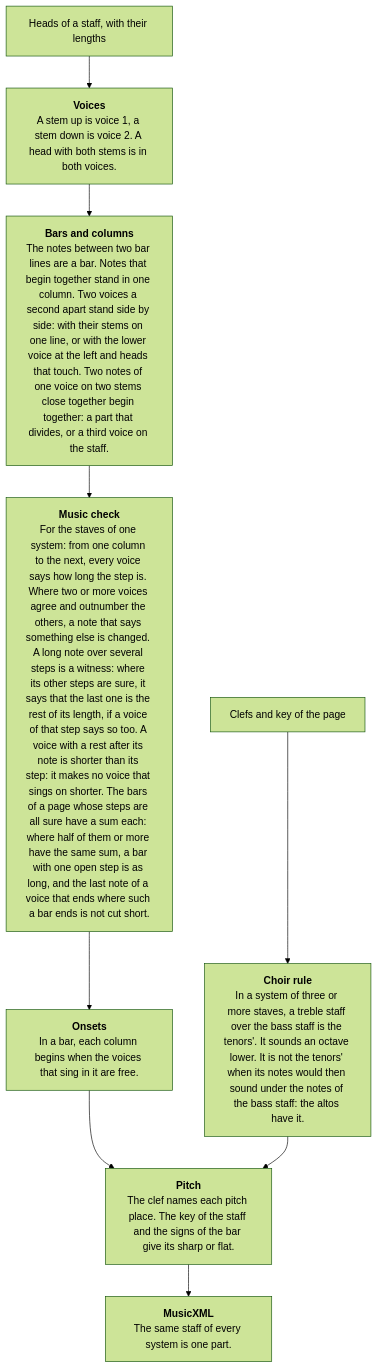
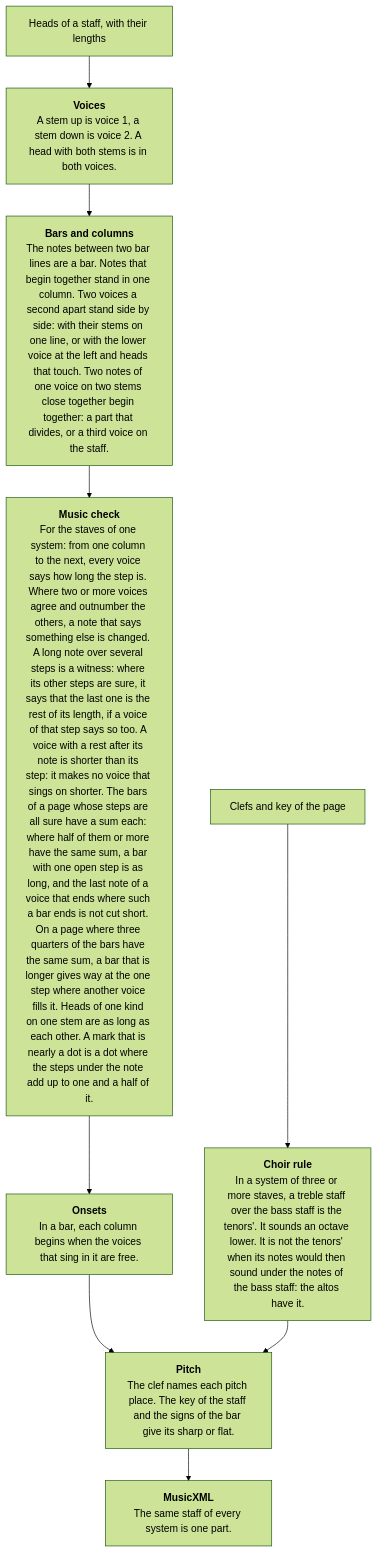
Before and after one commit to sweet-cicero/ScoreReader: the ninth of 12 diagrams in README.md, drawn with Mermaid (forest theme). The commit also changed other lines of this file and 5 other files, not shown here.

````diff
--- a/README.md
+++ b/README.md
@@ -262,11 +262,11 @@
 ```mermaid
 flowchart TD
     heads["Heads of a staff, with their lengths"] --> voices["<b>Voices</b><br/>A stem up is voice 1, a stem down is voice 2. A head with both stems is in both voices."]
     voices --> columns["<b>Bars and columns</b><br/>The notes between two bar lines are a bar. Notes that begin together stand in one column. Two voices a second apart stand side by side: with their stems on one line, or with the lower voice at the left and heads that touch. Two notes of one voice on two stems close together begin together: a part that divides, or a third voice on the staff."]
-    columns --> check["<b>Music check</b><br/>For the staves of one system: from one column to the next, every voice says how long the step is. Where two or more voices agree and outnumber the others, a note that says something else is changed. A long note over several steps is a witness: where its other steps are sure, it says that the last one is the rest of its length, if a voice of that step says so too. A voice with a rest after its note is shorter than its step: it makes no voice that sings on shorter. The bars of a page whose steps are all sure have a sum each: where half of them or more have the same sum, a bar with one open step is as long, and the last note of a voice that ends where such a bar ends is not cut short."]
+    columns --> check["<b>Music check</b><br/>For the staves of one system: from one column to the next, every voice says how long the step is. Where two or more voices agree and outnumber the others, a note that says something else is changed. A long note over several steps is a witness: where its other steps are sure, it says that the last one is the rest of its length, if a voice of that step says so too. A voice with a rest after its note is shorter than its step: it makes no voice that sings on shorter. The bars of a page whose steps are all sure have a sum each: where half of them or more have the same sum, a bar with one open step is as long, and the last note of a voice that ends where such a bar ends is not cut short. On a page where three quarters of the bars have the same sum, a bar that is longer gives way at the one step where another voice fills it. Heads of one kind on one stem are as long as each other. A mark that is nearly a dot is a dot where the steps under the note add up to one and a half of it."]
     check --> onsets["<b>Onsets</b><br/>In a bar, each column begins when the voices that sing in it are free."]
     onsets --> pitch["<b>Pitch</b><br/>The clef names each pitch place. The key of the staff and the signs of the bar give its sharp or flat."]
     clefs["Clefs and key of the page"] --> tenor["<b>Choir rule</b><br/>In a system of three or more staves, a treble staff over the bass staff is the tenors'. It sounds an octave lower. It is not the tenors' when its notes would then sound under the notes of the bass staff: the altos have it."]
     tenor --> pitch
     pitch --> xml["<b>MusicXML</b><br/>The same staff of every system is one part."]
 ```
````
